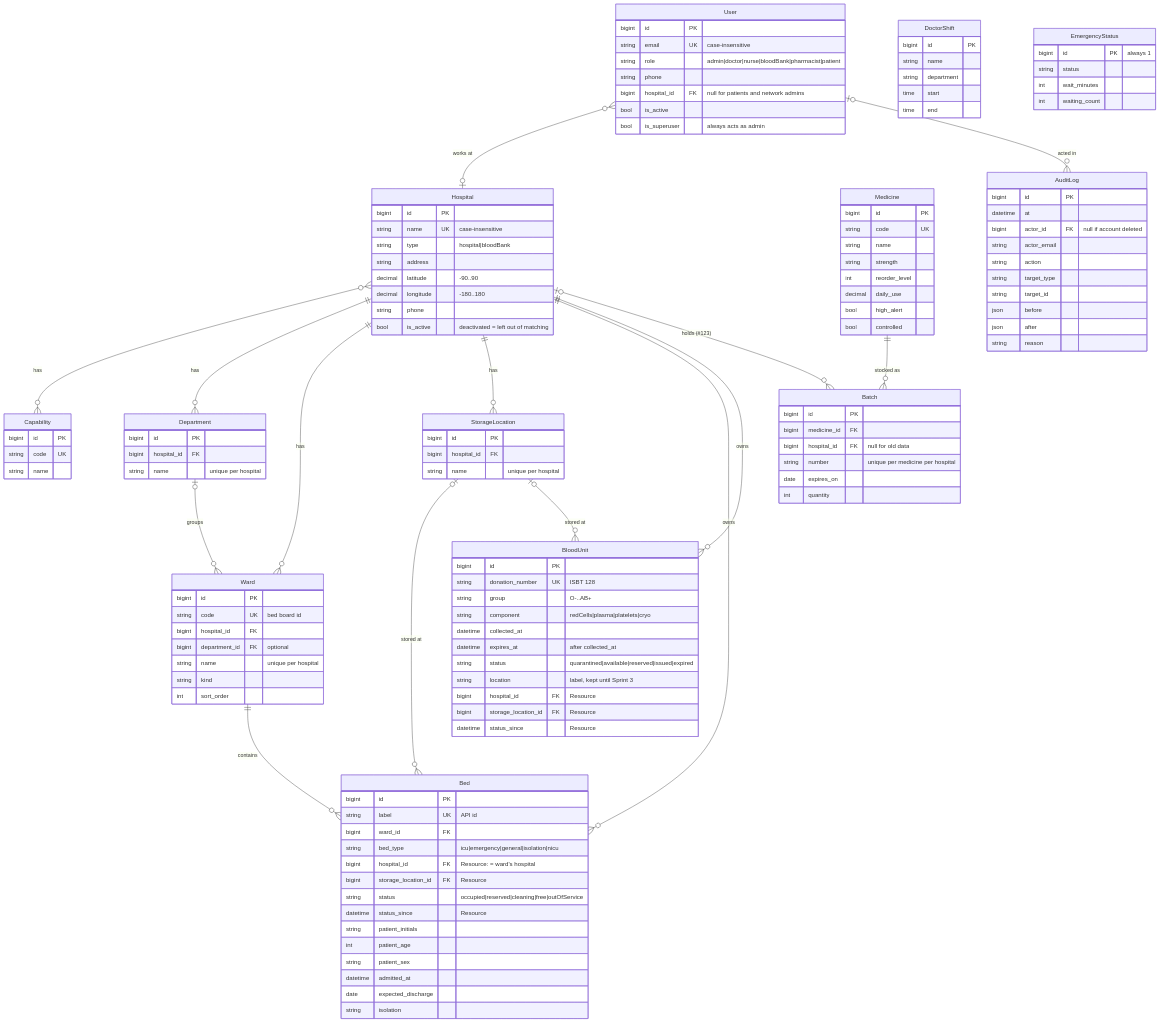
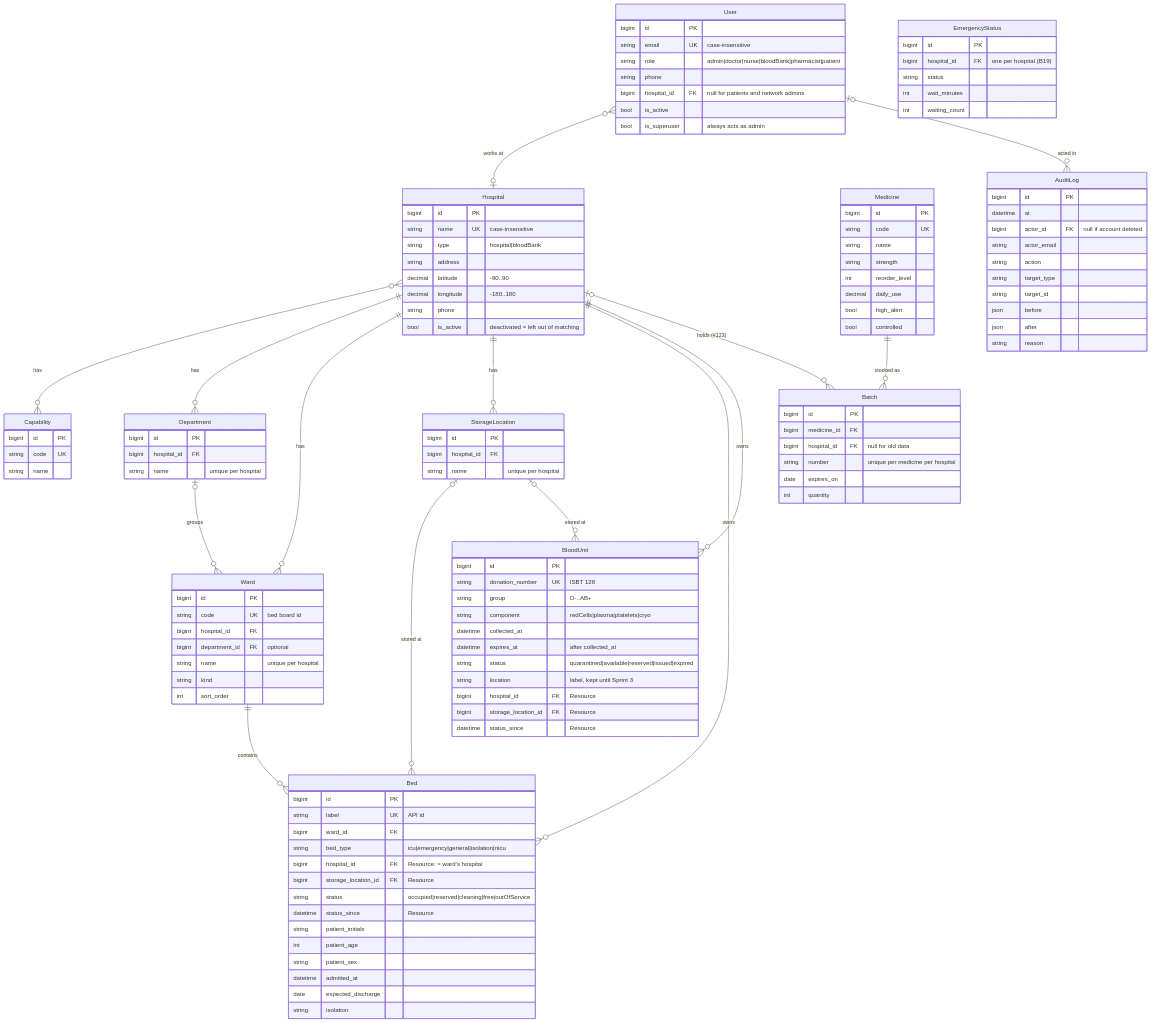
The first of 2 diagrams in docs/architecture/erd.md (harishassan-code/hospital-care), drawn with Mermaid before and after one commit. The commit also changed other lines of this file and 89 other files, not shown here.

```diff
--- a/docs/architecture/erd.md
+++ b/docs/architecture/erd.md
@@ -115,15 +115,9 @@
         date expires_on
         int quantity
     }
-    DoctorShift {
+    EmergencyStatus {
         bigint id PK
-        string name
-        string department
-        time start
-        time end
-    }
-    EmergencyStatus {
-        bigint id PK "always 1"
+        bigint hospital_id FK "one per hospital (B19)"
         string status
         int wait_minutes
         int waiting_count
```
